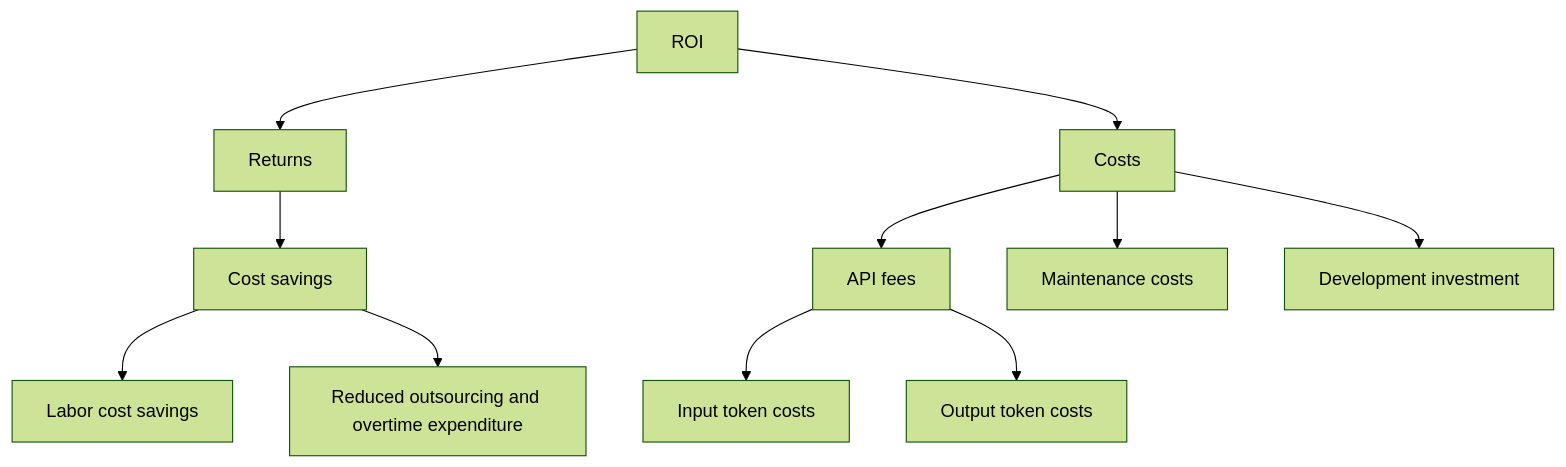
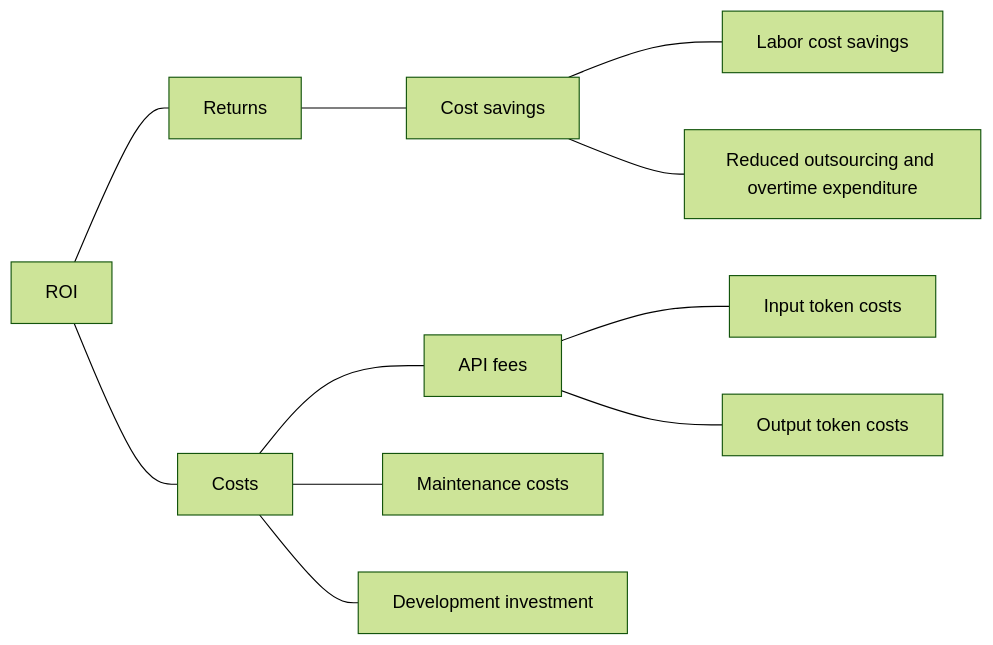
The diagram in research/5. roi analysis.md (yunyu79/AI-Agent-Opportunity-Assessment-in-RWE-Workflow-Healthcare), drawn with Mermaid (forest theme) before and after one commit.

Commit message:
Lay out ROI diagram horizontally without arrowheads

````diff
--- a/research/5. roi analysis.md
+++ b/research/5. roi analysis.md
@@ -5,16 +5,16 @@
 ```mermaid
-flowchart TD
-    ROI["ROI"] --> R["Returns"]
-    ROI --> C["Costs"]
+flowchart LR
+    ROI["ROI"] --- R["Returns"]
+    ROI --- C["Costs"]
 
-    R --> S["Cost savings"]
-    S --> L["Labor cost savings"]
-    S --> O["Reduced outsourcing and overtime expenditure"]
+    R --- S["Cost savings"]
+    S --- L["Labor cost savings"]
+    S --- O["Reduced outsourcing and overtime expenditure"]
 
-    C --> A["API fees"]
-    C --> M["Maintenance costs"]
-    C --> D["Development investment"]
+    C --- A["API fees"]
+    C --- M["Maintenance costs"]
+    C --- D["Development investment"]
 
-    A --> TI["Input token costs"]
-    A --> TO["Output token costs"]
+    A --- TI["Input token costs"]
+    A --- TO["Output token costs"]
 ```
````
